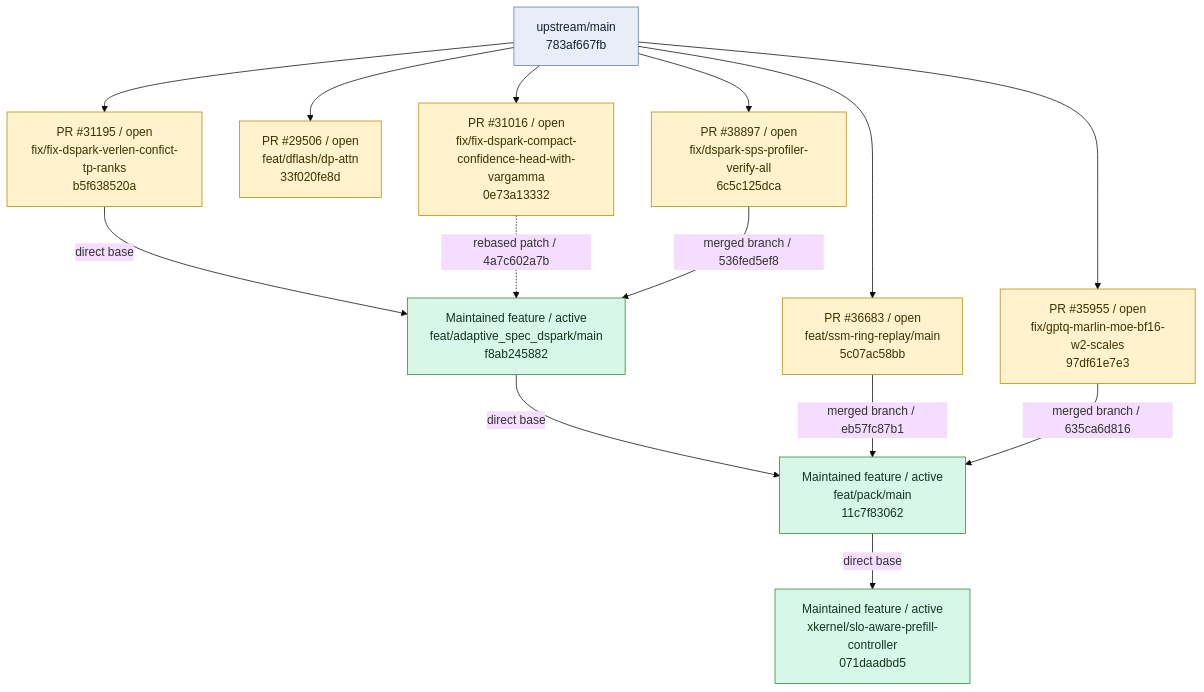
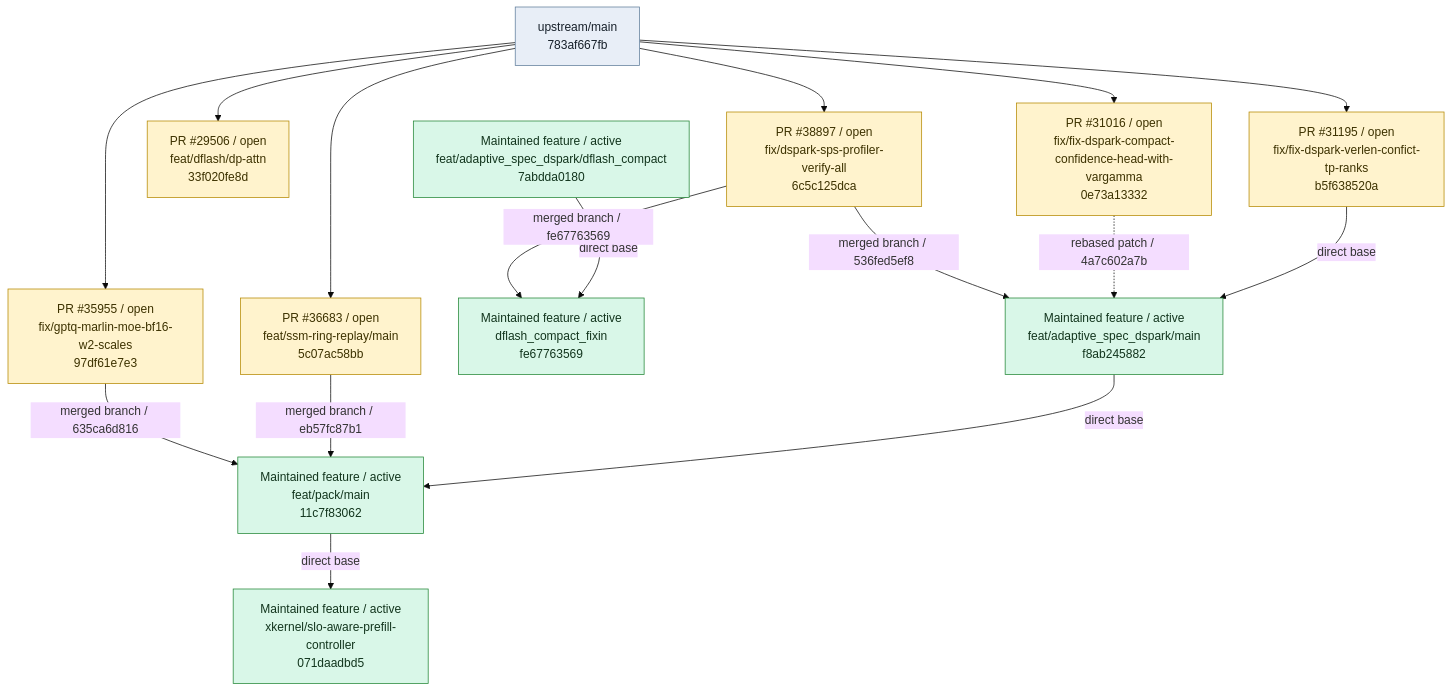
Before and after one commit to EanWang211123/sglang: the first of 5 diagrams in BRANCH_GRAPH.md, drawn with Mermaid (base theme). The commit also changed other lines of this file and 3 other files, not shown here.

Commit message:
docs(registry): track DFlash compact fix integration

````diff
--- a/BRANCH_GRAPH.md
+++ b/BRANCH_GRAPH.md
@@ -11,41 +11,47 @@
 ```mermaid
 flowchart TD
     base_upstream_main["upstream/main<br/>783af667fb"]
     branch_dspark_compact_ragged_verify["PR #38897 / open<br/>fix/dspark-sps-profiler-verify-all<br/>6c5c125dca"]
     base_upstream_main --> branch_dspark_compact_ragged_verify
     click branch_dspark_compact_ragged_verify "https://github.com/sgl-project/sglang/pull/38897"
     branch_dflash_dp_attn["PR #29506 / open<br/>feat/dflash/dp-attn<br/>33f020fe8d"]
     base_upstream_main --> branch_dflash_dp_attn
     click branch_dflash_dp_attn "https://github.com/sgl-project/sglang/pull/29506"
     branch_dspark_tp_budget_sync["PR #31195 / open<br/>fix/fix-dspark-verlen-confict-tp-ranks<br/>b5f638520a"]
     base_upstream_main --> branch_dspark_tp_budget_sync
     click branch_dspark_tp_budget_sync "https://github.com/sgl-project/sglang/pull/31195"
     branch_dspark_runtime_gamma["PR #31016 / open<br/>fix/fix-dspark-compact-confidence-head-with-vargamma<br/>0e73a13332"]
     base_upstream_main --> branch_dspark_runtime_gamma
     click branch_dspark_runtime_gamma "https://github.com/sgl-project/sglang/pull/31016"
     branch_gptq_marlin_moe_bf16_w2_scales["PR #35955 / open<br/>fix/gptq-marlin-moe-bf16-w2-scales<br/>97df61e7e3"]
     base_upstream_main --> branch_gptq_marlin_moe_bf16_w2_scales
     click branch_gptq_marlin_moe_bf16_w2_scales "https://github.com/sgl-project/sglang/pull/35955"
     branch_replayssm_dflash_dspark["PR #36683 / open<br/>feat/ssm-ring-replay/main<br/>5c07ac58bb"]
     base_upstream_main --> branch_replayssm_dflash_dspark
     click branch_replayssm_dflash_dspark "https://github.com/sgl-project/sglang/pull/36683"
+    branch_dflash_compact["Maintained feature / active<br/>feat/adaptive_spec_dspark/dflash_compact<br/>7abdda0180"]
+    click branch_dflash_compact "https://github.com/EanWang211123/sglang/tree/feat/adaptive_spec_dspark/dflash_compact"
+    branch_dflash_compact_fixin["Maintained feature / active<br/>dflash_compact_fixin<br/>fe67763569"]
+    click branch_dflash_compact_fixin "https://github.com/EanWang211123/sglang/tree/dflash_compact_fixin"
     branch_dspark_adaptive["Maintained feature / active<br/>feat/adaptive_spec_dspark/main<br/>f8ab245882"]
     click branch_dspark_adaptive "https://github.com/EanWang211123/sglang/tree/feat/adaptive_spec_dspark/main"
     branch_adaptive_dspark_replayssm_gptq_marlin_pack["Maintained feature / active<br/>feat/pack/main<br/>11c7f83062"]
     click branch_adaptive_dspark_replayssm_gptq_marlin_pack "https://github.com/EanWang211123/sglang/tree/feat/pack/main"
     branch_xkernel_slo_aware_prefill_controller["Maintained feature / active<br/>xkernel/slo-aware-prefill-controller<br/>071daadbd5"]
     click branch_xkernel_slo_aware_prefill_controller "https://github.com/EanWang211123/sglang/tree/xkernel/slo-aware-prefill-controller"
+    branch_dflash_compact -->|"direct base"| branch_dflash_compact_fixin
+    branch_dspark_compact_ragged_verify -->|"merged branch / fe67763569"| branch_dflash_compact_fixin
     branch_dspark_tp_budget_sync -->|"direct base"| branch_dspark_adaptive
     branch_dspark_runtime_gamma -.->|"rebased patch / 4a7c602a7b"| branch_dspark_adaptive
     branch_dspark_compact_ragged_verify -->|"merged branch / 536fed5ef8"| branch_dspark_adaptive
     branch_dspark_adaptive -->|"direct base"| branch_adaptive_dspark_replayssm_gptq_marlin_pack
     branch_replayssm_dflash_dspark -->|"merged branch / eb57fc87b1"| branch_adaptive_dspark_replayssm_gptq_marlin_pack
     branch_gptq_marlin_moe_bf16_w2_scales -->|"merged branch / 635ca6d816"| branch_adaptive_dspark_replayssm_gptq_marlin_pack
     branch_adaptive_dspark_replayssm_gptq_marlin_pack -->|"direct base"| branch_xkernel_slo_aware_prefill_controller
     classDef base fill:#e8eef7,stroke:#607d9b,color:#17202a
     classDef pr fill:#fff3cd,stroke:#b58900,color:#3d3200
     classDef feature fill:#d9f7e8,stroke:#238636,color:#12351d
     class base_upstream_main base
     class branch_dspark_compact_ragged_verify,branch_dflash_dp_attn,branch_dspark_tp_budget_sync,branch_dspark_runtime_gamma,branch_gptq_marlin_moe_bf16_w2_scales,branch_replayssm_dflash_dspark pr
-    class branch_dspark_adaptive,branch_adaptive_dspark_replayssm_gptq_marlin_pack,branch_xkernel_slo_aware_prefill_controller feature
+    class branch_dflash_compact,branch_dflash_compact_fixin,branch_dspark_adaptive,branch_adaptive_dspark_replayssm_gptq_marlin_pack,branch_xkernel_slo_aware_prefill_controller feature
 ```
````
